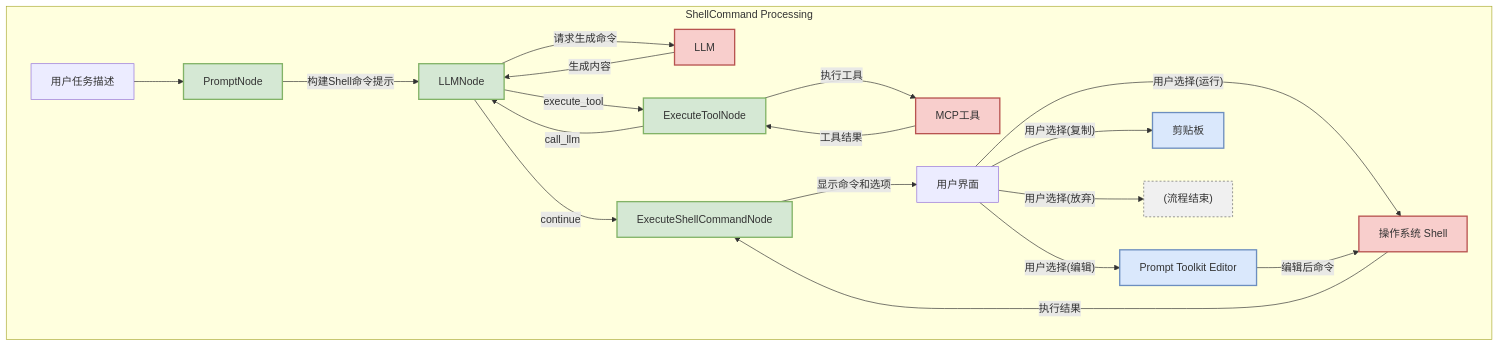
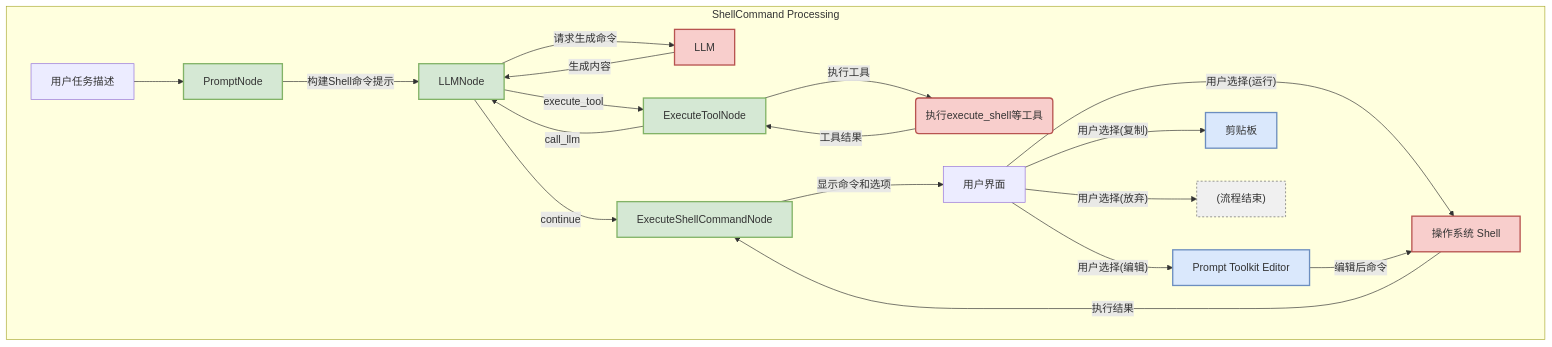
One commit to JohanLi233/viby changed the third of 3 diagrams in docs/viby_项目设计文档.md. Above: the diagram before and after it, drawn with Mermaid. The commit also changed other lines of this file and 11 other files, not shown here.

````diff
--- a/docs/viby_项目设计文档.md
+++ b/docs/viby_项目设计文档.md
@@ -194,32 +193,32 @@
 ```mermaid
 flowchart TD
     subgraph "ShellCommand Processing"
         UserInput["用户任务描述"] --> PN["PromptNode"]:::nodeStyle
         PN -->|"构建Shell命令提示"| LN["LLMNode"]:::nodeStyle
         LN -->|"请求生成命令"| LLM["LLM"]:::externalStyle
         LLM -->|"生成内容"| LN
         
         %% 工具调用路径
         LN -->|"execute_tool"| ET["ExecuteToolNode"]:::nodeStyle
         ET -->|"执行工具"| MCP["MCP工具"]:::externalStyle
-        MCP -->|"工具结果"| ET
+        MCP(执行execute_shell等工具) -->|"工具结果"| ET
         ET -->|"call_llm"| LN
         
         %% 命令执行路径
         LN -->|"continue"| ESN["ExecuteShellCommandNode"]:::nodeStyle
         ESN -->|"显示命令和选项"| UserInterface["用户界面"]
         UserInterface -->|"用户选择(运行)"| Shell["操作系统 Shell"]:::externalStyle
         UserInterface -->|"用户选择(编辑)"| Editor["Prompt Toolkit Editor"]:::toolStyle
         Editor -->|"编辑后命令"| Shell
         Shell -->|"执行结果"| ESN
         UserInterface -->|"用户选择(复制)"| Clipboard["剪贴板"]:::toolStyle
         UserInterface -->|"用户选择(放弃)"| Terminate["(流程结束)"]:::endStyle
         %% 如果你的实现里，执行结果不会自动回到LLM，可以注释掉下面这行
         %% ESN -->|"call_llm"| LN
     end
     
     classDef nodeStyle fill:#D5E8D4,stroke:#82B366,stroke-width:2px
     classDef externalStyle fill:#F8CECC,stroke:#B85450,stroke-width:2px
     classDef toolStyle fill:#DAE8FC,stroke:#6C8EBF,stroke-width:2px
     classDef endStyle fill:#f0f0f0,stroke:#666,stroke-width:1px,stroke-dasharray:3
 ```
````
